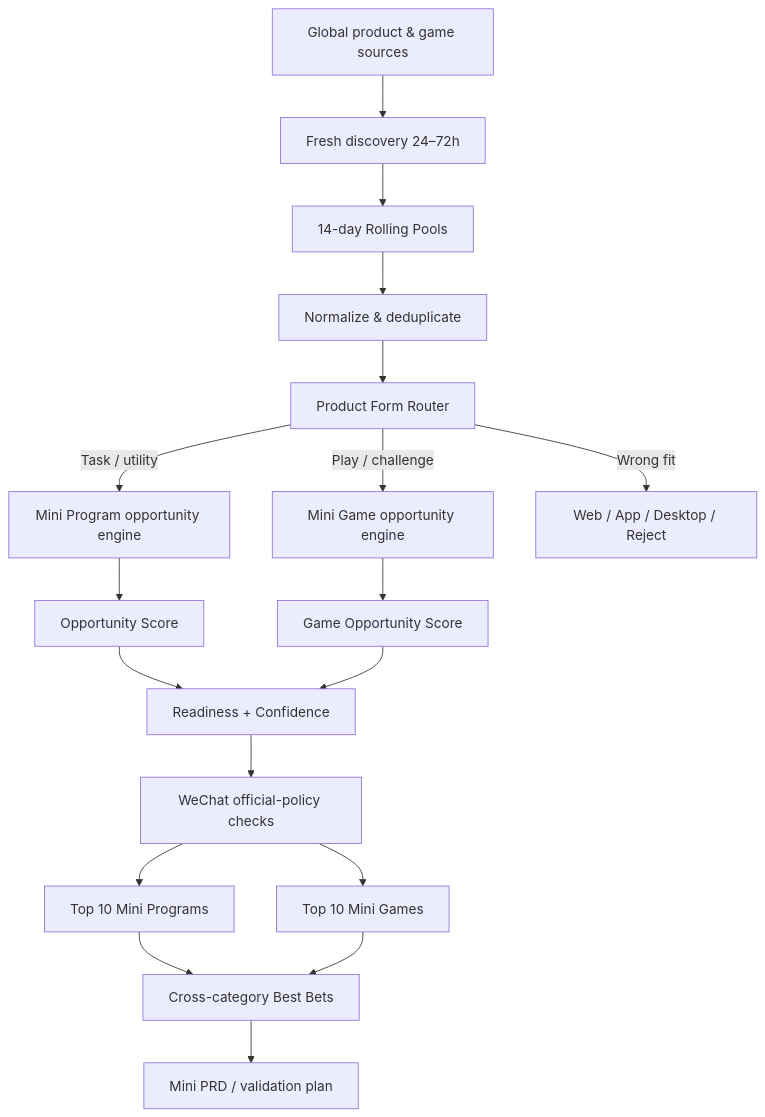
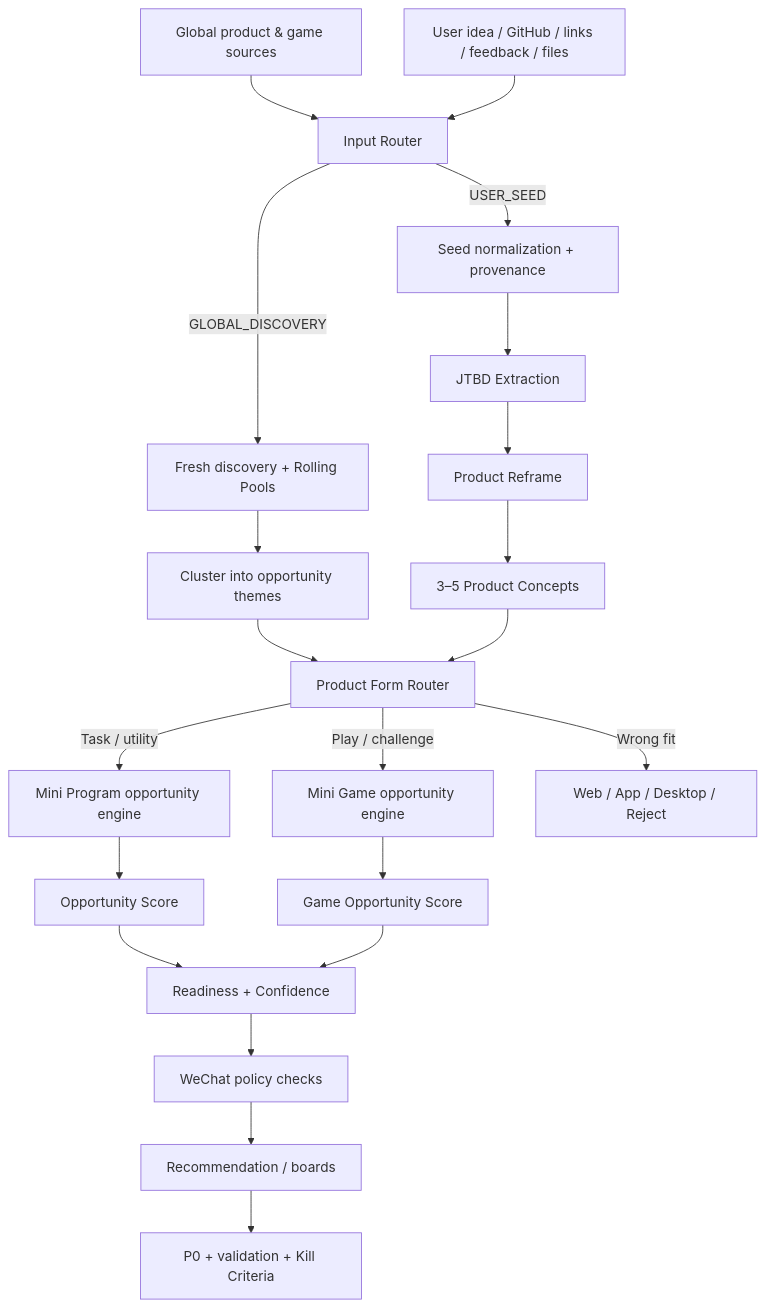
One commit to xiaokangxxs/xiaokangxxs-miniprogram-scout changed the diagram in docs/ARCHITECTURE.md. Above: the diagram before and after it, drawn with Mermaid. The commit also changed other lines of this file and 40 other files, not shown here.

````diff
--- a/docs/ARCHITECTURE.md
+++ b/docs/ARCHITECTURE.md
@@ -9,24 +9,28 @@
 ```mermaid
 flowchart TD
-    A[Global product & game sources] --> B[Fresh discovery 24–72h]
-    B --> C[14-day Rolling Pools]
-    C --> D[Normalize & deduplicate]
-    D --> E[Product Form Router]
+    A1[Global product & game sources] --> B[Input Router]
+    A2[User idea / GitHub / links / feedback / files] --> B
 
-    E -->|Task / utility| F[Mini Program opportunity engine]
-    E -->|Play / challenge| G[Mini Game opportunity engine]
-    E -->|Wrong fit| H[Web / App / Desktop / Reject]
+    B -->|GLOBAL_DISCOVERY| C[Fresh discovery + Rolling Pools]
+    B -->|USER_SEED| D[Seed normalization + provenance]
 
-    F --> I[Opportunity Score]
-    G --> J[Game Opportunity Score]
+    C --> E[Cluster into opportunity themes]
+    D --> F[JTBD Extraction]
+    F --> G[Product Reframe]
+    G --> H[3–5 Product Concepts]
 
-    I --> K[Readiness + Confidence]
-    J --> K
+    E --> I[Product Form Router]
+    H --> I
 
-    K --> L[WeChat official-policy checks]
-    L --> M[Top 10 Mini Programs]
-    L --> N[Top 10 Mini Games]
-    M --> O[Cross-category Best Bets]
+    I -->|Task / utility| J[Mini Program opportunity engine]
+    I -->|Play / challenge| K[Mini Game opportunity engine]
+    I -->|Wrong fit| L[Web / App / Desktop / Reject]
+
+    J --> M[Opportunity Score]
+    K --> N[Game Opportunity Score]
+    M --> O[Readiness + Confidence]
     N --> O
-    O --> P[Mini PRD / validation plan]
+    O --> P[WeChat policy checks]
+    P --> Q[Recommendation / boards]
+    Q --> R[P0 + validation + Kill Criteria]
 ```
````
